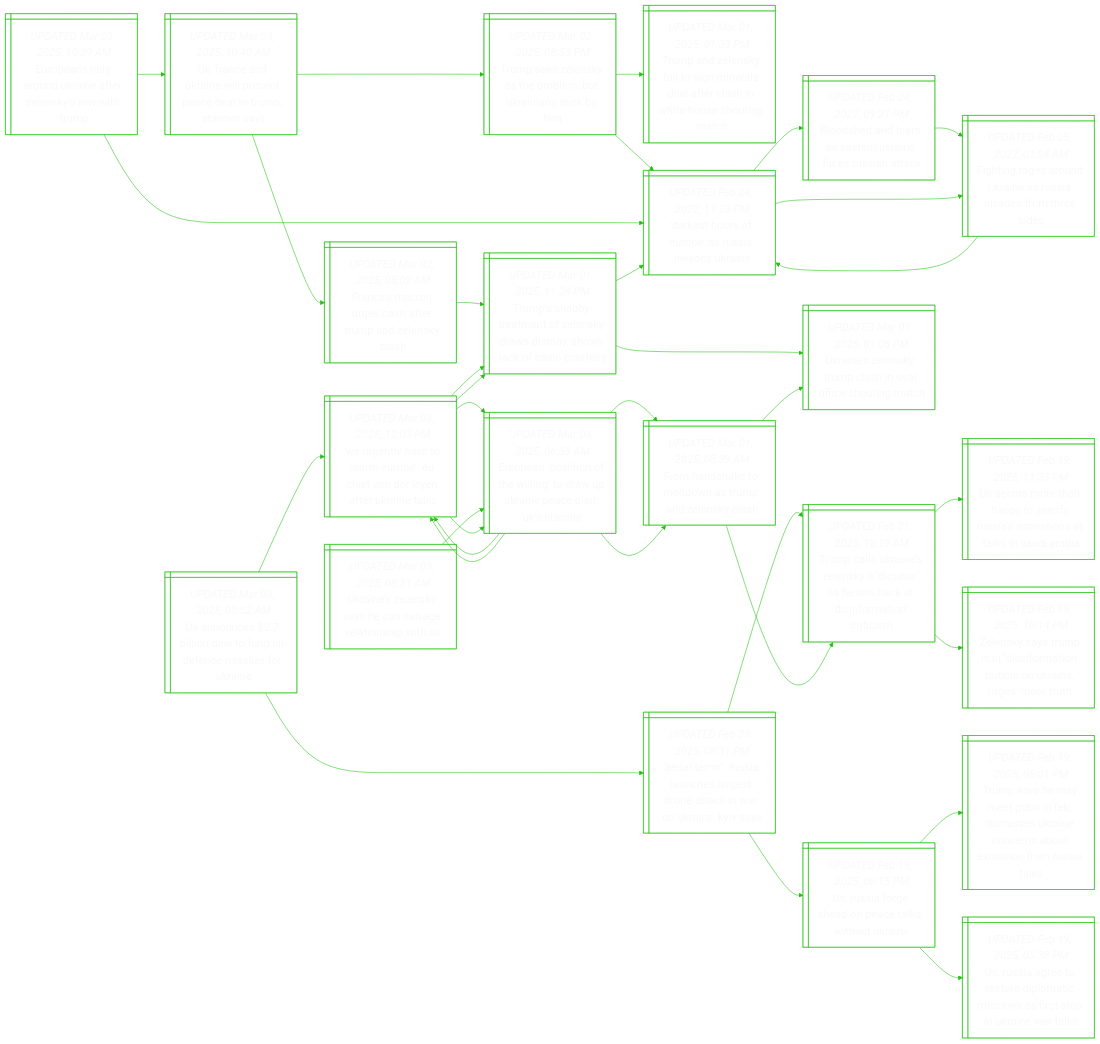
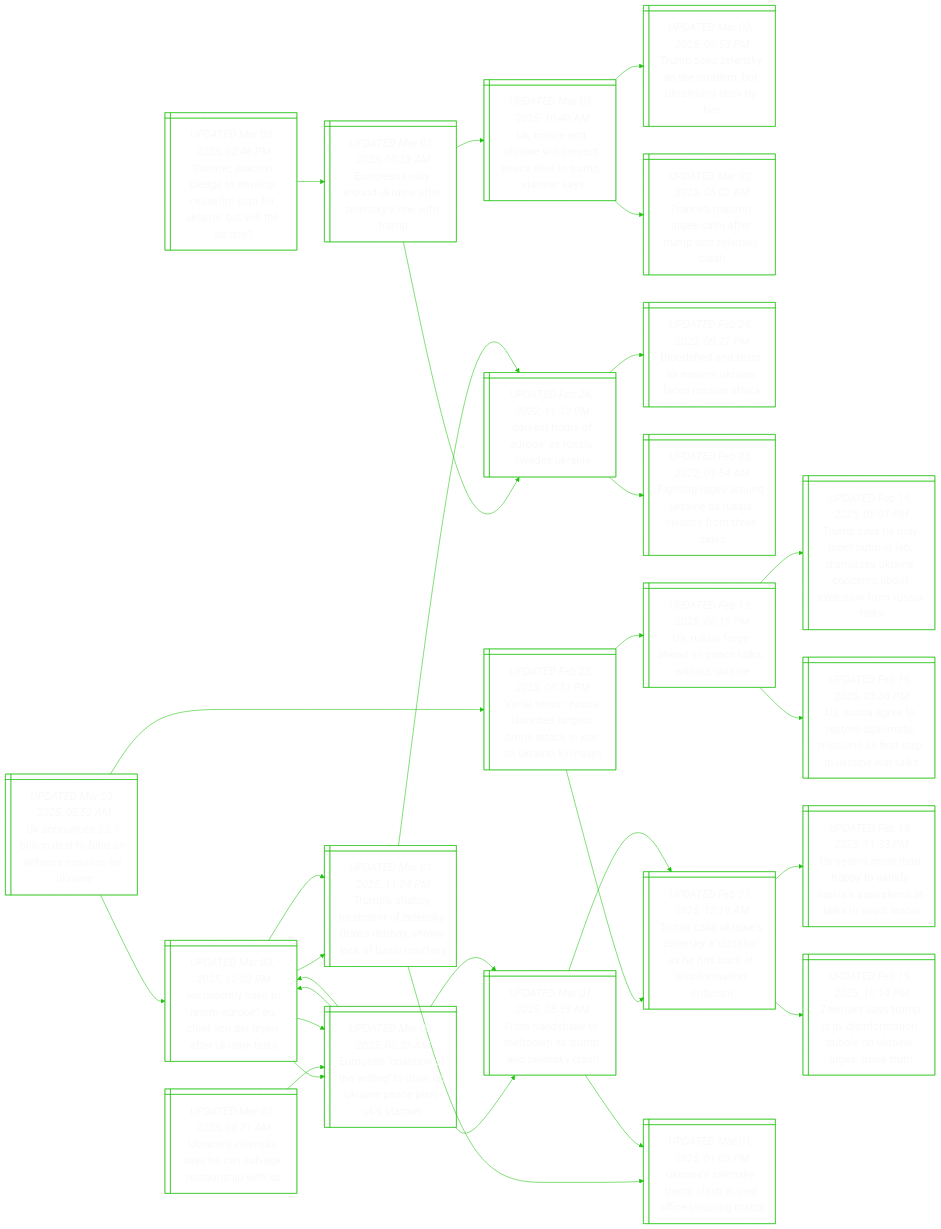
The diagram in README.md (notJmes/notJmes), drawn with Mermaid before and after one commit. The commit also changed other lines of this file, not shown here.

```diff
--- a/README.md
+++ b/README.md
@@ -16,42 +16,30 @@
 flowchart LR
 classDef txtsize font-size:20px;
 
+Sereolarnkeiet@{ shape: win-pane, label: "_UPDATED Mar 03, 2025, 02:46 PM_
+Starmer, macron pledge to develop ceasefire plan for ukraine, but will the us bite?" }
 EearUneesiu@{ shape: win-pane, label: "_UPDATED Mar 03, 2025, 10:39 AM_
 Europeans rally around ukraine after zelensky’s row with trump" }
 UndilseeTSes@{ shape: win-pane, label: "_UPDATED Mar 03, 2025, 10:40 AM_
 Uk, france and ukraine will present peace deal to trump, starmer says" }
 Tsekhbuanci@{ shape: win-pane, label: "_UPDATED Mar 02, 2025, 08:53 PM_
 Trump sees zelensky as the problem, but ukrainians stick by him" }
-TalytnretaWHsit@{ shape: win-pane, label: "_UPDATED Mar 01, 2025, 01:39 PM_
-Trump and zelensky fail to sign minerals deal after clash in white house shouting match" }
-DsruasvUn@{ shape: win-pane, label: "_UPDATED Feb 24, 2022, 11:13 PM_
-'darkest hours of europe' as russia invades ukraine" }
 FerglemZsa@{ shape: win-pane, label: "_UPDATED Mar 02, 2025, 05:02 AM_
 France’s macron urges calm after trump and zelensky clash" }
-Tsbatlysawksuy@{ shape: win-pane, label: "_UPDATED Mar 01, 2025, 11:24 PM_
-Trump’s shabby treatment of zelensky draws dismay, shows lack of basic courtesy" }
 DsruasvUn@{ shape: win-pane, label: "_UPDATED Feb 24, 2022, 11:13 PM_
 'darkest hours of europe' as russia invades ukraine" }
 Bsnranicsak@{ shape: win-pane, label: "_UPDATED Feb 24, 2022, 09:21 PM_
 Bloodshed and tears as eastern ukraine faces russian attack" }
 Figokesnsts@{ shape: win-pane, label: "_UPDATED Feb 25, 2022, 01:54 AM_
 Fighting rages around ukraine as russia invades from three sides" }
-Figokesnsts@{ shape: win-pane, label: "_UPDATED Feb 25, 2022, 01:54 AM_
-Fighting rages around ukraine as russia invades from three sides" }
-DsruasvUn@{ shape: win-pane, label: "_UPDATED Feb 24, 2022, 11:13 PM_
-'darkest hours of europe' as russia invades ukraine" }
 
+Sereolarnkeiet:::txtsize --> EearUneesiu:::txtsize
 EearUneesiu:::txtsize --> UndilseeTSes:::txtsize
 UndilseeTSes:::txtsize --> Tsekhbuanci:::txtsize
-Tsekhbuanci:::txtsize --> TalytnretaWHsit:::txtsize
-Tsekhbuanci:::txtsize --> DsruasvUn:::txtsize
 UndilseeTSes:::txtsize --> FerglemZsa:::txtsize
-FerglemZsa:::txtsize --> Tsbatlysawksuy:::txtsize
 EearUneesiu:::txtsize --> DsruasvUn:::txtsize
 DsruasvUn:::txtsize --> Bsnranicsak:::txtsize
-Bsnranicsak:::txtsize --> Figokesnsts:::txtsize
 DsruasvUn:::txtsize --> Figokesnsts:::txtsize
-Figokesnsts:::txtsize --> DsruasvUn:::txtsize
 
 Uosiaurnsske@{ shape: win-pane, label: "_UPDATED Mar 03, 2025, 05:52 AM_
 Uk announces $2.7 billion deal to fund air-defence missiles for ukraine" }
```
